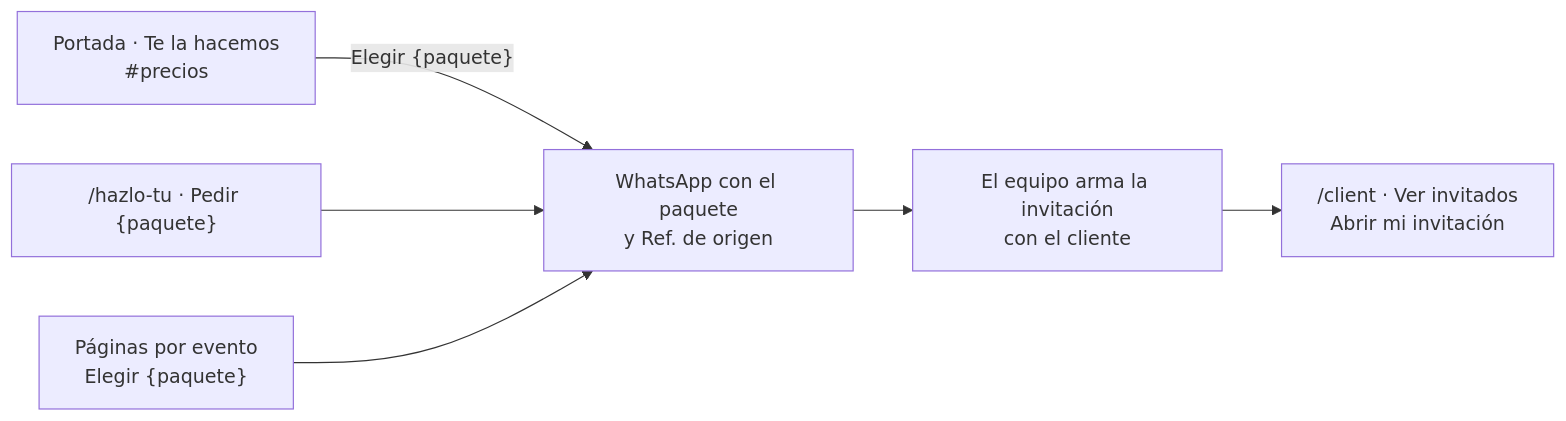
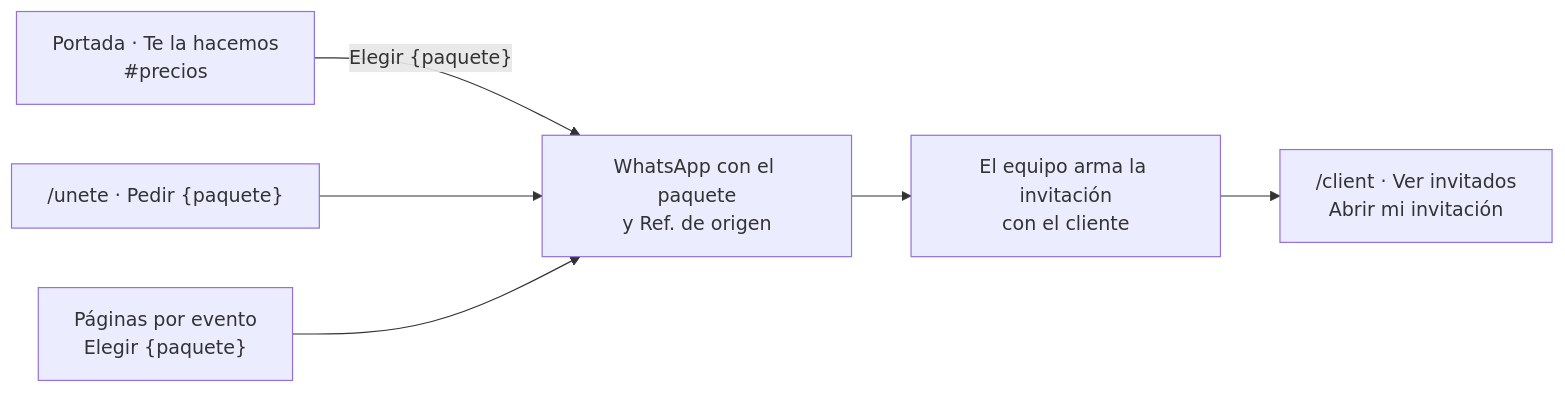
Before and after one commit to ccdana/Bida-Events: the fifth of 5 diagrams in docs/flujo-navegacion.md, drawn with Mermaid. The commit also changed other lines of this file and 75 other files, not shown here.

````diff
--- a/docs/flujo-navegacion.md
+++ b/docs/flujo-navegacion.md
@@ -84,8 +84,8 @@
 ```mermaid
 flowchart LR
   H["Portada · Te la hacemos<br/>#precios"] -->|"Elegir {paquete}"| WA["WhatsApp con el paquete<br/>y Ref. de origen"]
-  HZ["/hazlo-tu · Pedir {paquete}"] --> WA
+  HZ["/unete · Pedir {paquete}"] --> WA
   LD["Páginas por evento<br/>Elegir {paquete}"] --> WA
   WA --> EQ["El equipo arma la invitación<br/>con el cliente"]
   EQ --> CP["/client · Ver invitados<br/>Abrir mi invitación"]
 ```
````
